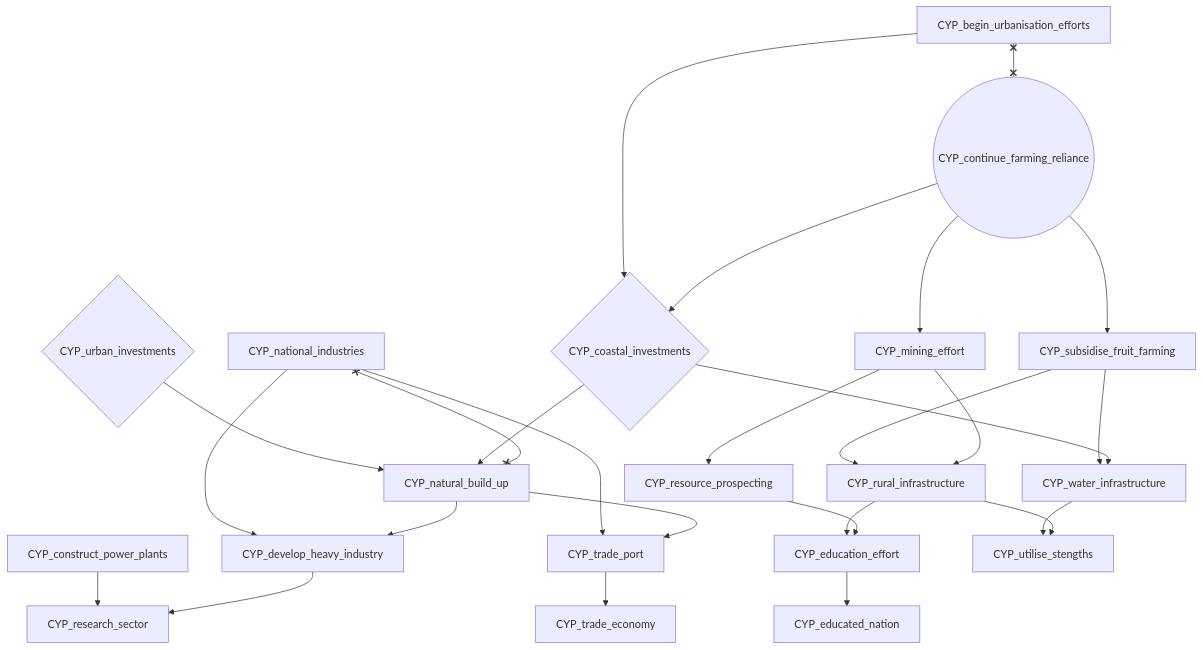
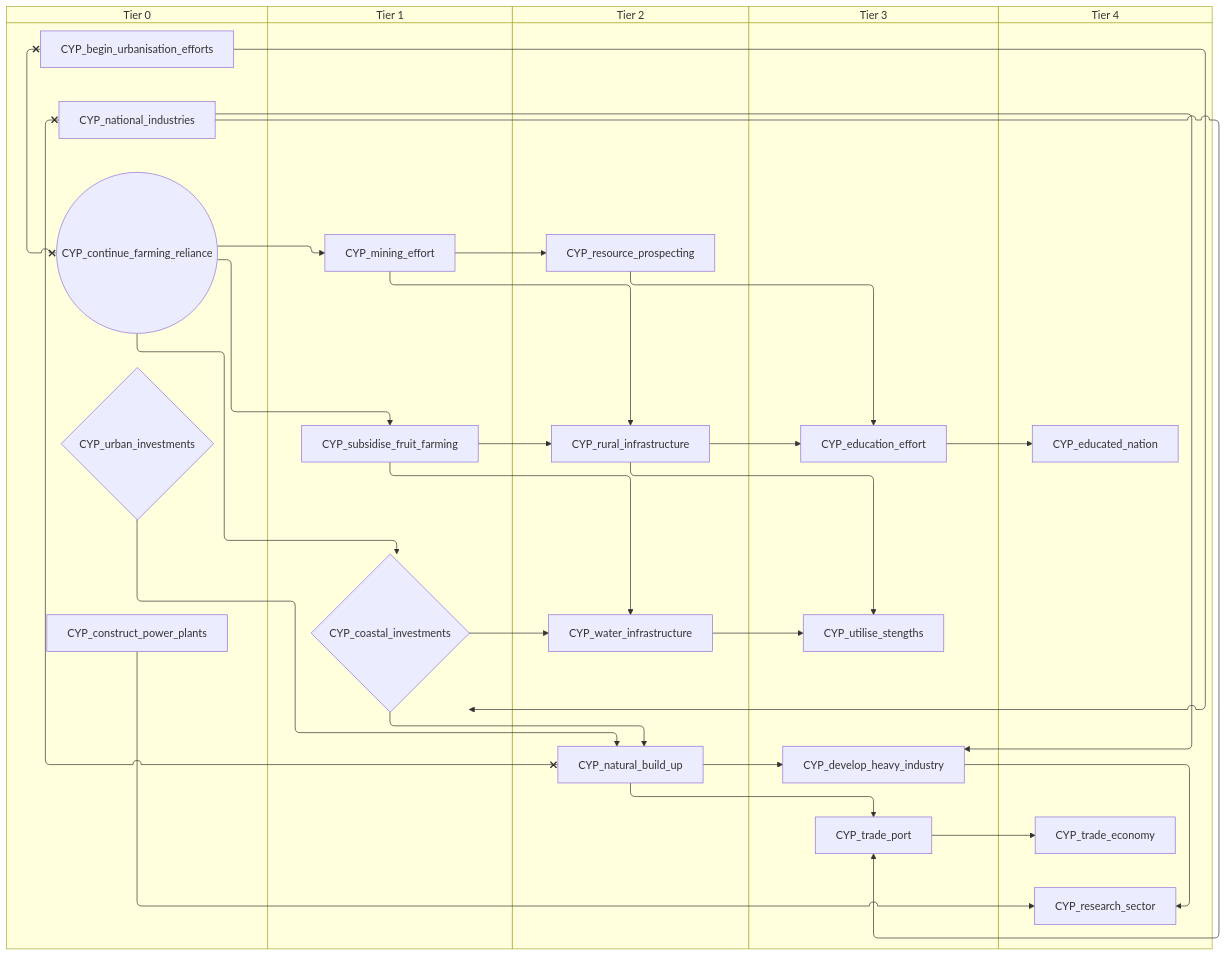
One commit to evgeny-sobol/hoi4-sandbox-mode-r56 changed the second of 5 diagrams in docs/gdd/National Focuses/r56_cyprus.md. Above: the diagram before and after it, drawn with Mermaid. The commit also changed other lines of this file and 423 other files, not shown here.

First line of the commit message:
Re-export Rt56 focus trees as swimlane diagrams

````diff
--- a/docs/gdd/National Focuses/r56_cyprus.md
+++ b/docs/gdd/National Focuses/r56_cyprus.md
@@ -51,47 +61,57 @@
 ```mermaid
-flowchart TD
-    n1["CYP_begin_urbanisation_efforts"]
-    n2{"CYP_coastal_investments"}
-    n4["CYP_construct_power_plants"]
-    n5(("CYP_continue_farming_reliance"))
-    n6["CYP_develop_heavy_industry"]
-    n19["CYP_educated_nation"]
-    n20["CYP_education_effort"]
-    n21["CYP_mining_effort"]
-    n8["CYP_national_industries"]
-    n9["CYP_natural_build_up"]
-    n11["CYP_research_sector"]
-    n22["CYP_resource_prospecting"]
-    n12["CYP_rural_infrastructure"]
-    n13["CYP_subsidise_fruit_farming"]
-    n14["CYP_trade_economy"]
-    n15["CYP_trade_port"]
-    n16{"CYP_urban_investments"}
-    n17["CYP_utilise_stengths"]
-    n18["CYP_water_infrastructure"]
-    n1 --> n2
-    n5 --> n2
-    n8 --> n6
-    n9 --> n6
-    n20 --> n19
-    n12 --> n20
-    n22 --> n20
-    n5 --> n21
-    n16 --> n9
-    n2 --> n9
-    n4 --> n11
-    n6 --> n11
+swimlane-beta TD
+    subgraph tier_0["Tier 0"]
+        n1["CYP_begin_urbanisation_efforts"]
+        n9["CYP_construct_power_plants"]
+        n2(("CYP_continue_farming_reliance"))
+        n11["CYP_national_industries"]
+        n7{"CYP_urban_investments"}
+    end
+    subgraph tier_1["Tier 1"]
+        n5{"CYP_coastal_investments"}
+        n19["CYP_mining_effort"]
+        n4["CYP_subsidise_fruit_farming"]
+    end
+    subgraph tier_2["Tier 2"]
+        n12["CYP_natural_build_up"]
+        n20["CYP_resource_prospecting"]
+        n3["CYP_rural_infrastructure"]
+        n13["CYP_water_infrastructure"]
+    end
+    subgraph tier_3["Tier 3"]
+        n14["CYP_develop_heavy_industry"]
+        n21["CYP_education_effort"]
+        n15["CYP_trade_port"]
+        n16["CYP_utilise_stengths"]
+    end
+    subgraph tier_4["Tier 4"]
+        n22["CYP_educated_nation"]
+        n17["CYP_research_sector"]
+        n18["CYP_trade_economy"]
+    end
+    n1 --> n5
+    n2 --> n5
+    n11 --> n14
+    n12 --> n14
     n21 --> n22
-    n13 --> n12
-    n21 --> n12
+    n3 --> n21
+    n20 --> n21
+    n2 --> n19
+    n7 --> n12
+    n5 --> n12
+    n9 --> n17
+    n14 --> n17
+    n19 --> n20
+    n4 --> n3
+    n19 --> n3
+    n2 --> n4
+    n15 --> n18
+    n11 --> n15
+    n12 --> n15
+    n13 --> n16
+    n3 --> n16
+    n4 --> n13
     n5 --> n13
-    n15 --> n14
-    n8 --> n15
-    n9 --> n15
-    n18 --> n17
-    n12 --> n17
-    n13 --> n18
-    n2 --> n18
-    n1 x--x n5
-    n8 x--x n9
+    n1 x--x n2
+    n11 x--x n12
 ```
````
